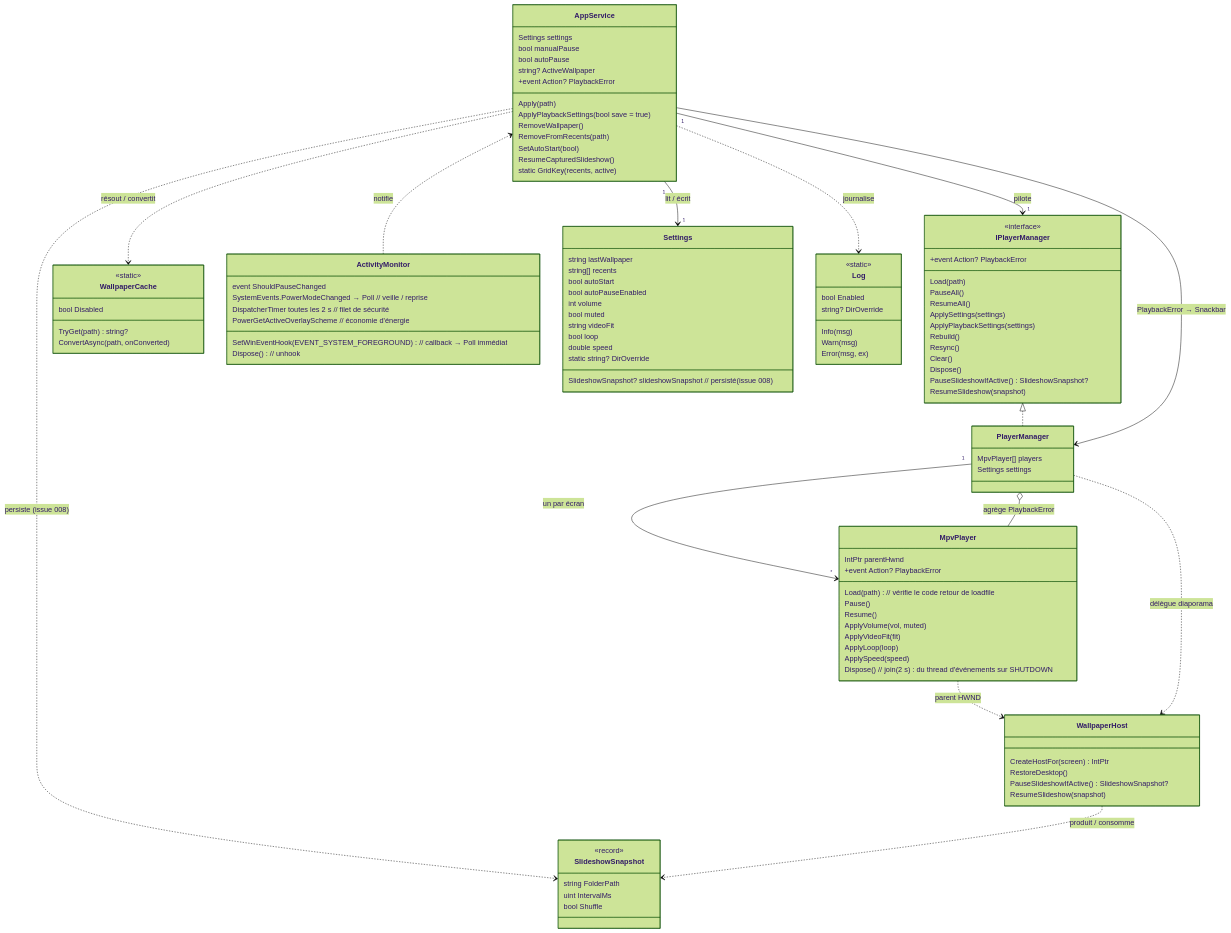
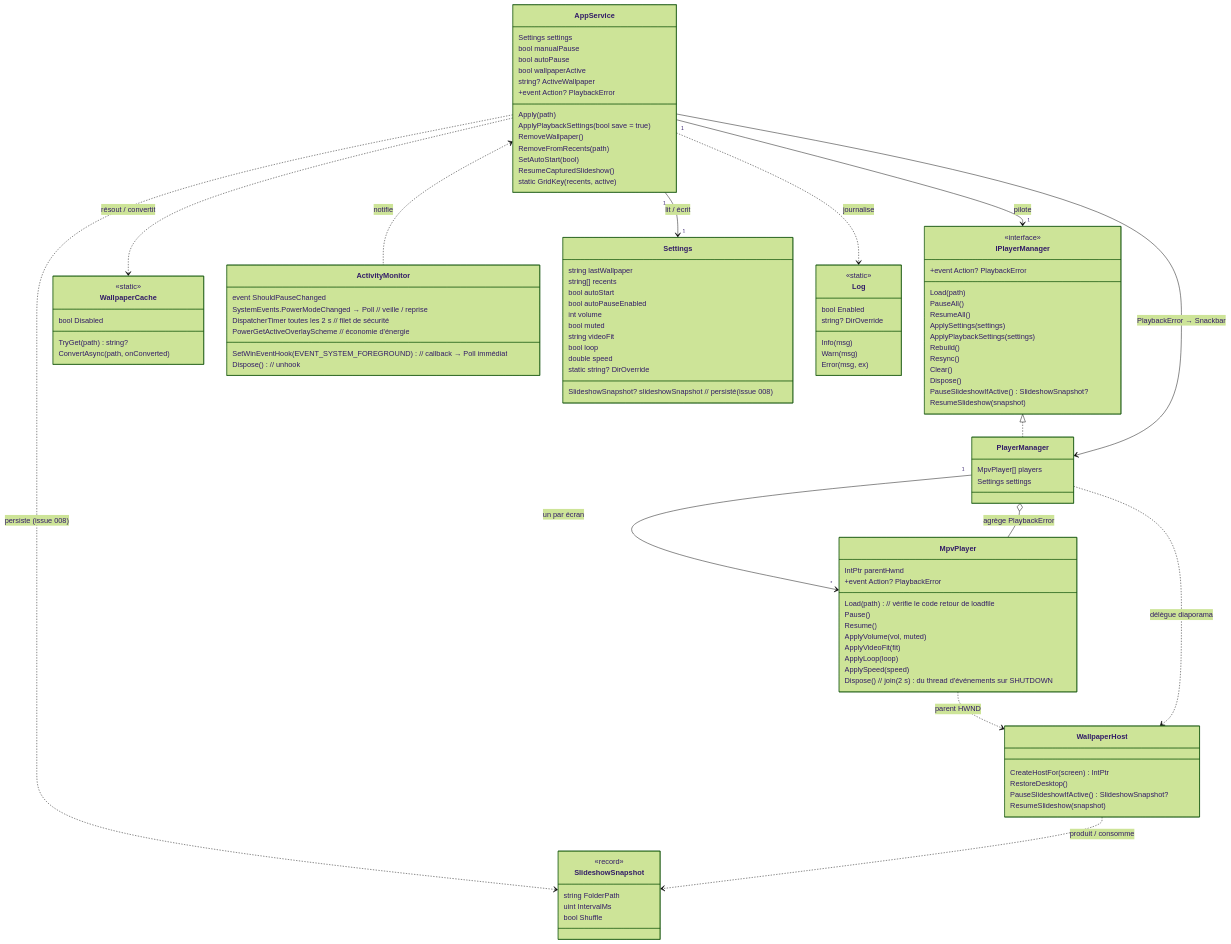
Before and after one commit to KevinT78/wallflow: the first of 5 diagrams in docs/ARCHITECTURE-TECHNIQUE.md, drawn with Mermaid (forest theme). The commit also changed other lines of this file and 2 other files, not shown here.

First line of the commit message:
docs: sync CONTEXT/VUE-PRODUIT/ARCHITECTURE (relance au reveil, fiabilite)

```diff
--- a/docs/ARCHITECTURE-TECHNIQUE.md
+++ b/docs/ARCHITECTURE-TECHNIQUE.md
@@ -55,6 +55,7 @@
         Settings settings
         bool manualPause
         bool autoPause
+        bool wallpaperActive
         string? ActiveWallpaper
         +event Action<string>? PlaybackError
         Apply(path)
```
